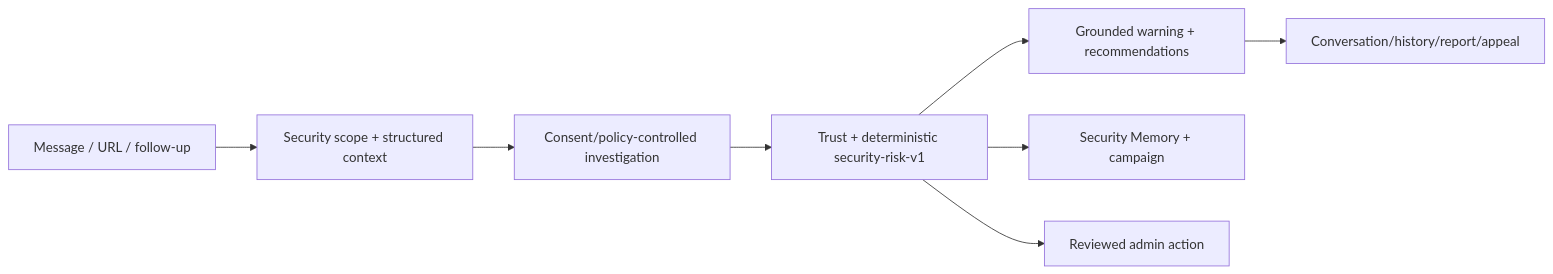
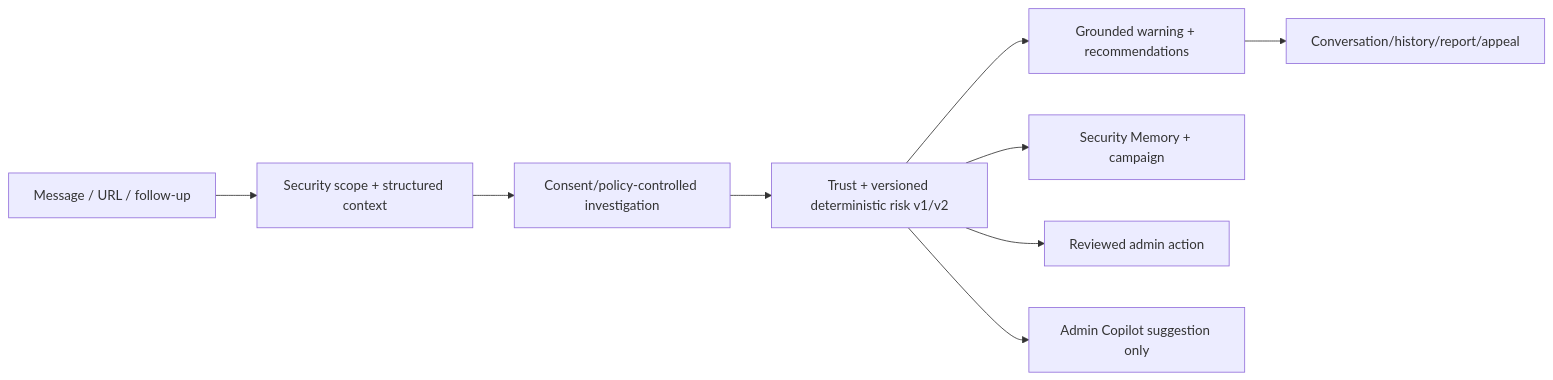
Before and after one commit to Binhdn04/TrustGuard-AI: the diagram in README.md, drawn with Mermaid. The commit also changed other lines of this file and 52 other files, not shown here.

````diff
--- a/README.md
+++ b/README.md
@@ -38,10 +39,11 @@
 ```mermaid
 flowchart LR
     A[Message / URL / follow-up] --> B[Security scope + structured context]
     B --> C[Consent/policy-controlled investigation]
-    C --> D[Trust + deterministic security-risk-v1]
+    C --> D[Trust + versioned deterministic risk v1/v2]
     D --> E[Grounded warning + recommendations]
     E --> F[Conversation/history/report/appeal]
     D --> G[Security Memory + campaign]
     D --> H[Reviewed admin action]
+    D --> I[Admin Copilot suggestion only]
 ```
````
